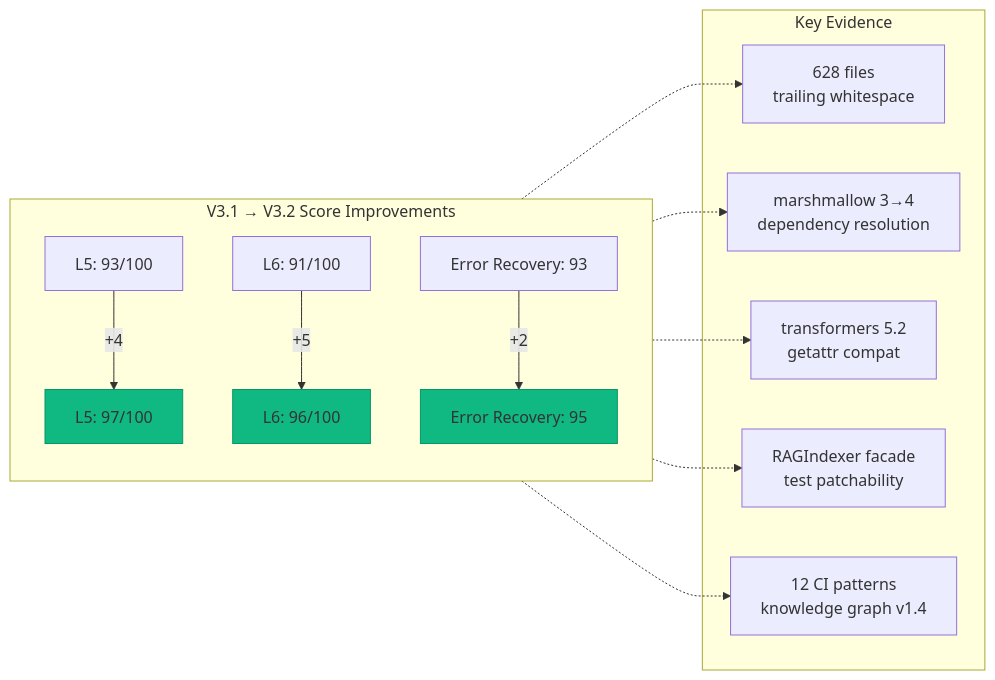
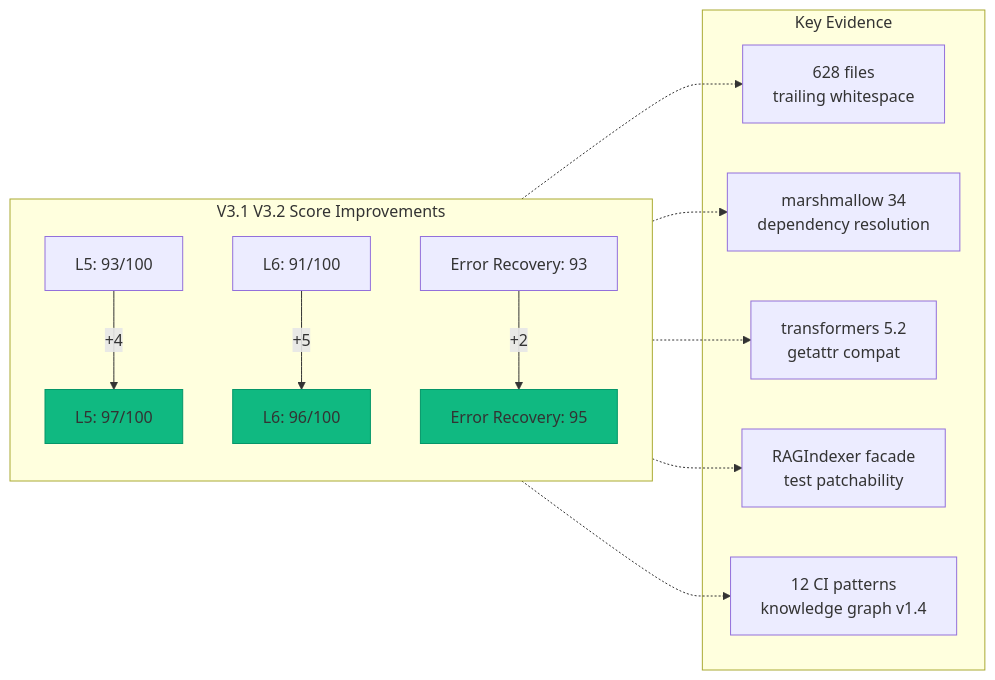
Before and after one commit to Aries-Serpent/_codex_: the diagram in docs/evolution/AI_AGENCY_INTUITIVENESS_SCORE_V3.md, drawn with Mermaid. The commit also changed other lines of this file and 4117 other files, not shown here.

````diff
--- a/docs/evolution/AI_AGENCY_INTUITIVENESS_SCORE_V3.md
+++ b/docs/evolution/AI_AGENCY_INTUITIVENESS_SCORE_V3.md
@@ -347,28 +347,32 @@
 ```mermaid
 %%{init: {'accessibility': {'title': 'Flowchart showing L5: 93/100, L5: 97/100'}}%%
+
 graph LR
-    subgraph "V3.1 → V3.2 Score Improvements"
-        direction TB
-        L5_OLD[L5: 93/100] -->|+4| L5_NEW[L5: 97/100]
-        L6_OLD[L6: 91/100] -->|+5| L6_NEW[L6: 96/100]
-        ERR_OLD[Error Recovery: 93] -->|+2| ERR_NEW[Error Recovery: 95]
-    end
+ subgraph "V3.1 V3.2 Score Improvements"
+ direction TB
 
-    subgraph "Key Evidence"
-        E1[628 files<br/>trailing whitespace]
-        E2[marshmallow 3→4<br/>dependency resolution]
-        E3[transformers 5.2<br/>getattr compat]
-        E4[RAGIndexer facade<br/>test patchability]
-        E5[12 CI patterns<br/>knowledge graph v1.4]
-    end
+ L5_OLD[L5: 93/100] -->|+4| L5_NEW[L5: 97/100]
 
-    L5_NEW -.-> E1
-    L5_NEW -.-> E2
-    L6_NEW -.-> E3
-    L6_NEW -.-> E4
-    ERR_NEW -.-> E5
+ L6_OLD[L6: 91/100] -->|+5| L6_NEW[L6: 96/100]
 
-    style L5_NEW fill:#10b981,stroke:#059669
-    style L6_NEW fill:#10b981,stroke:#059669
-    style ERR_NEW fill:#10b981,stroke:#059669
+ ERR_OLD[Error Recovery: 93] -->|+2| ERR_NEW[Error Recovery: 95]
+ end
+
+ subgraph "Key Evidence"
+ E1[628 files<br/>trailing whitespace]
+ E2[marshmallow 34<br/>dependency resolution]
+ E3[transformers 5.2<br/>getattr compat]
+ E4[RAGIndexer facade<br/>test patchability]
+ E5[12 CI patterns<br/>knowledge graph v1.4]
+ end
+
+ L5_NEW -.-> E1
+ L5_NEW -.-> E2
+ L6_NEW -.-> E3
+ L6_NEW -.-> E4
+ ERR_NEW -.-> E5
+
+ style L5_NEW fill:#10b981,stroke:#059669
+ style L6_NEW fill:#10b981,stroke:#059669
+ style ERR_NEW fill:#10b981,stroke:#059669
 ```
````
